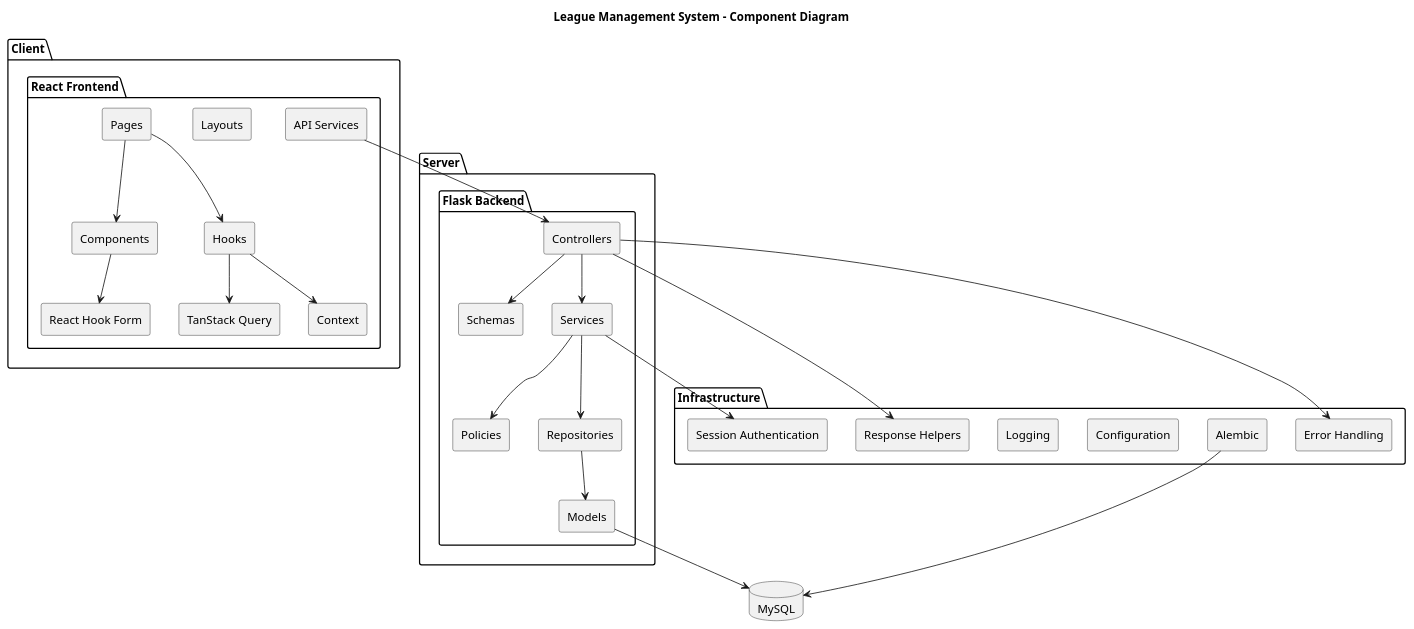
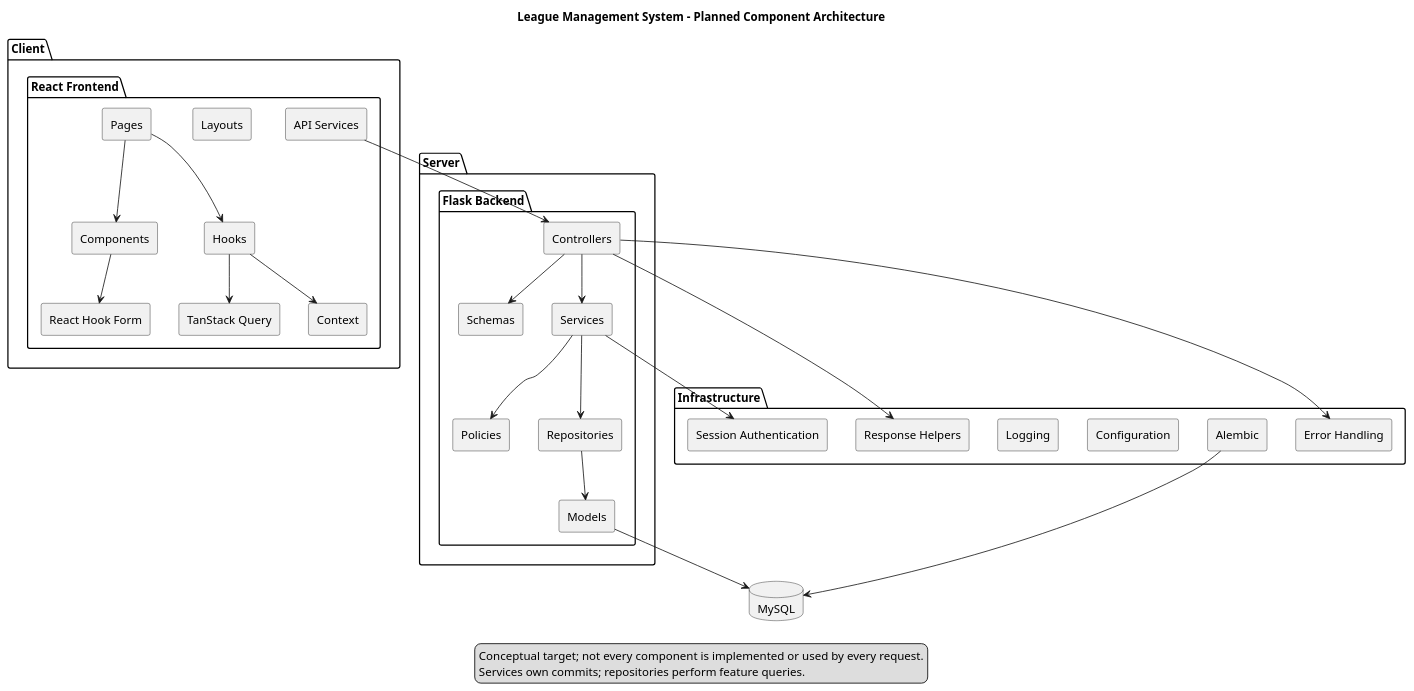
The diagram in docs/diagrams/component.puml (inamonanymous/BarangayLeagueSystem), drawn with PlantUML before and after one commit. The commit also changed 86 other files, not shown here.

```diff
--- a/docs/diagrams/component.puml
+++ b/docs/diagrams/component.puml
@@ -1,81 +1,85 @@
 @startuml
-title League Management System - Component Diagram
+title League Management System - Planned Component Architecture
 
 skinparam componentStyle rectangle
 skinparam shadowing false
+legend bottom
+  Conceptual target; not every component is implemented or used by every request.
+  Services own commits; repositories perform feature queries.
+endlegend
 
 package "Client" {
 
     package "React Frontend" {
 
         [Pages]
         [Layouts]
         [Components]
 
         [Hooks]
         [Context]
 
         [API Services]
 
         [TanStack Query]
         [React Hook Form]
     }
 
 }
 
 package "Server" {
 
     package "Flask Backend" {
 
         [Controllers]
         [Schemas]
         [Services]
         [Policies]
         [Repositories]
         [Models]
 
     }
 
 }
 
 database "MySQL" as DB
 
 package "Infrastructure" {
 
     [Session Authentication]
     [Alembic]
     [Configuration]
     [Logging]
     [Response Helpers]
     [Error Handling]
 
 }
 
 Pages --> Components
 Pages --> Hooks
 
 Hooks --> Context
 Hooks --> "TanStack Query"
 
 Components --> "React Hook Form"
 
 "API Services" --> Controllers
 
 Controllers --> Schemas
 Controllers --> Services
 
 Services --> Policies
 Services --> Repositories
 
 Repositories --> Models
 
 Models --> DB
 
 Controllers --> "Response Helpers"
 Controllers --> "Error Handling"
 
 Services --> "Session Authentication"
 
 Alembic --> DB
 
 @enduml
```
